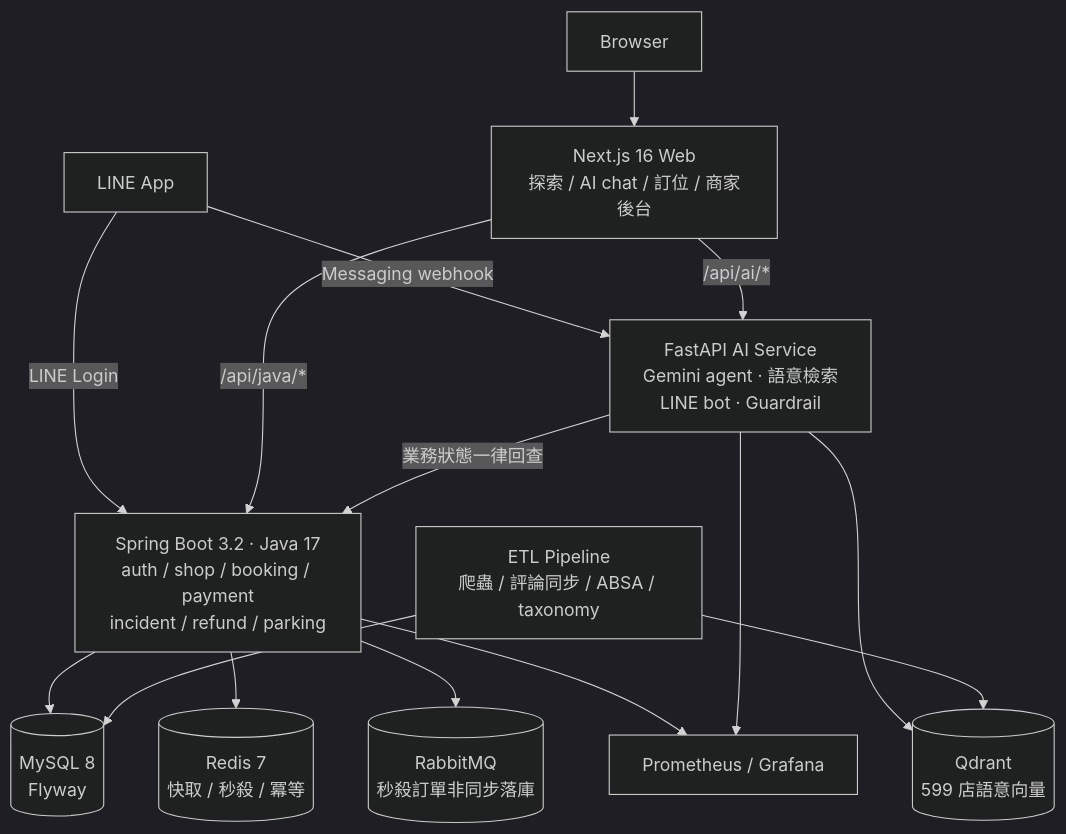
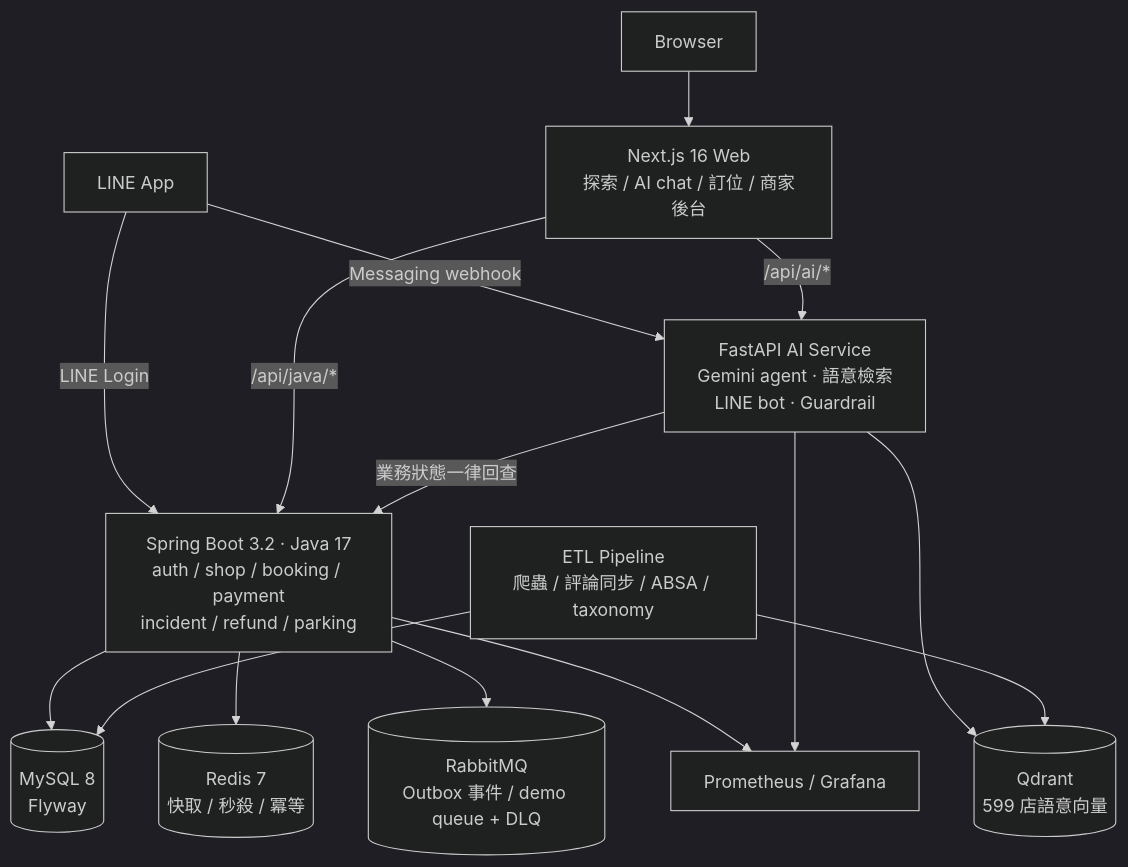
Before and after one commit to kevinlin000/ai-enhanced-local-services: the first of 2 diagrams in README.md, drawn with Mermaid (dark theme). The commit also changed other lines of this file and 1 other file, not shown here.

Commit message:
docs: correct queue and load-test claims

````diff
--- a/README.md
+++ b/README.md
@@ -161,17 +161,17 @@
 ```mermaid
 flowchart TB
     Browser[Browser] --> Web["Next.js 16 Web<br/>探索 / AI chat / 訂位 / 商家後台"]
     LINE[LINE App] -->|Messaging webhook| AI
     LINE -->|LINE Login| Java
     Web -->|"/api/java/*"| Java["Spring Boot 3.2 · Java 17<br/>auth / shop / booking / payment<br/>incident / refund / parking"]
     Web -->|"/api/ai/*"| AI["FastAPI AI Service<br/>Gemini agent · 語意檢索<br/>LINE bot · Guardrail"]
     AI -->|"業務狀態一律回查"| Java
     Java --> MySQL[(MySQL 8<br/>Flyway)]
     Java --> Redis[(Redis 7<br/>快取 / 秒殺 / 冪等)]
-    Java --> MQ[(RabbitMQ<br/>秒殺訂單非同步落庫)]
+    Java --> MQ[(RabbitMQ<br/>Outbox 事件 / demo queue + DLQ)]
     AI --> Qdrant[(Qdrant<br/>599 店語意向量)]
     ETL["ETL Pipeline<br/>爬蟲 / 評論同步 / ABSA / taxonomy"] --> MySQL
     ETL --> Qdrant
     Java --> Prom[Prometheus / Grafana]
     AI --> Prom
 ```
````
